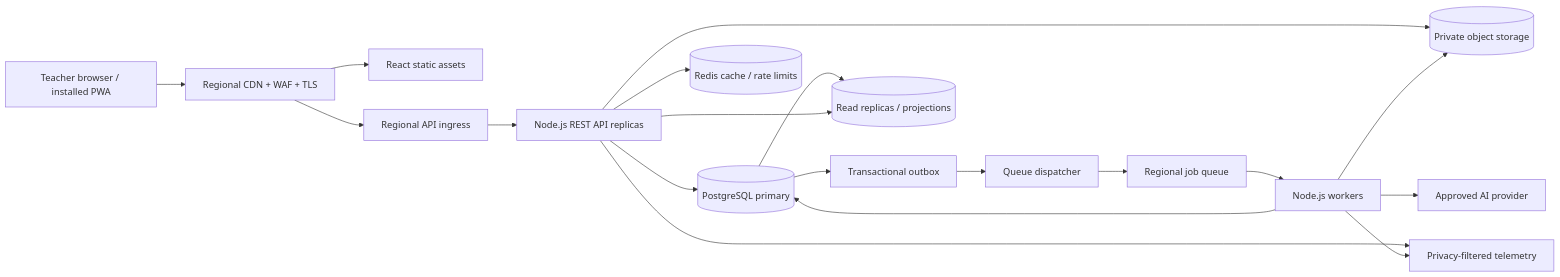
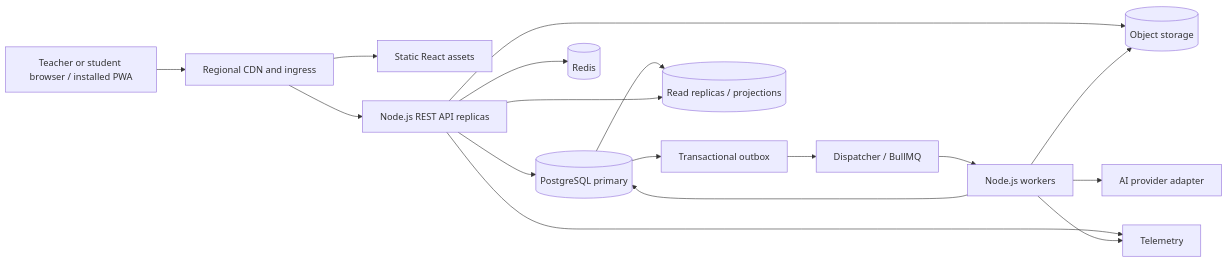
One commit to jmanico/lesson-atlas changed the diagram in ARCHITECTURE.md. Above: the diagram before and after it, drawn with Mermaid. The commit also changed other lines of this file and 5 other files, not shown here.

````diff
--- a/ARCHITECTURE.md
+++ b/ARCHITECTURE.md
@@ -27,21 +9,19 @@
 ```mermaid
 flowchart LR
-  T[Teacher browser / installed PWA] --> E[Regional CDN + WAF + TLS]
-  E --> W[React static assets]
-  E --> G[Regional API ingress]
-  G --> A[Node.js REST API replicas]
+  T[Teacher or student browser / installed PWA] --> E[Regional CDN and ingress]
+  E --> W[Static React assets]
+  E --> A[Node.js REST API replicas]
   A --> P[(PostgreSQL primary)]
-  A --> R[(Redis cache / rate limits)]
-  A --> O[(Private object storage)]
+  A --> R[(Redis)]
+  A --> O[(Object storage)]
   P --> X[Transactional outbox]
-  X --> Q[Queue dispatcher]
-  Q --> B[Regional job queue]
-  B --> K[Node.js workers]
+  X --> Q[Dispatcher / BullMQ]
+  Q --> K[Node.js workers]
   K --> P
   K --> O
-  K --> M[Approved AI provider]
+  K --> M[AI provider adapter]
   P --> D[(Read replicas / projections)]
   A --> D
-  A --> V[Privacy-filtered telemetry]
+  A --> V[Telemetry]
   K --> V
 ```
````
